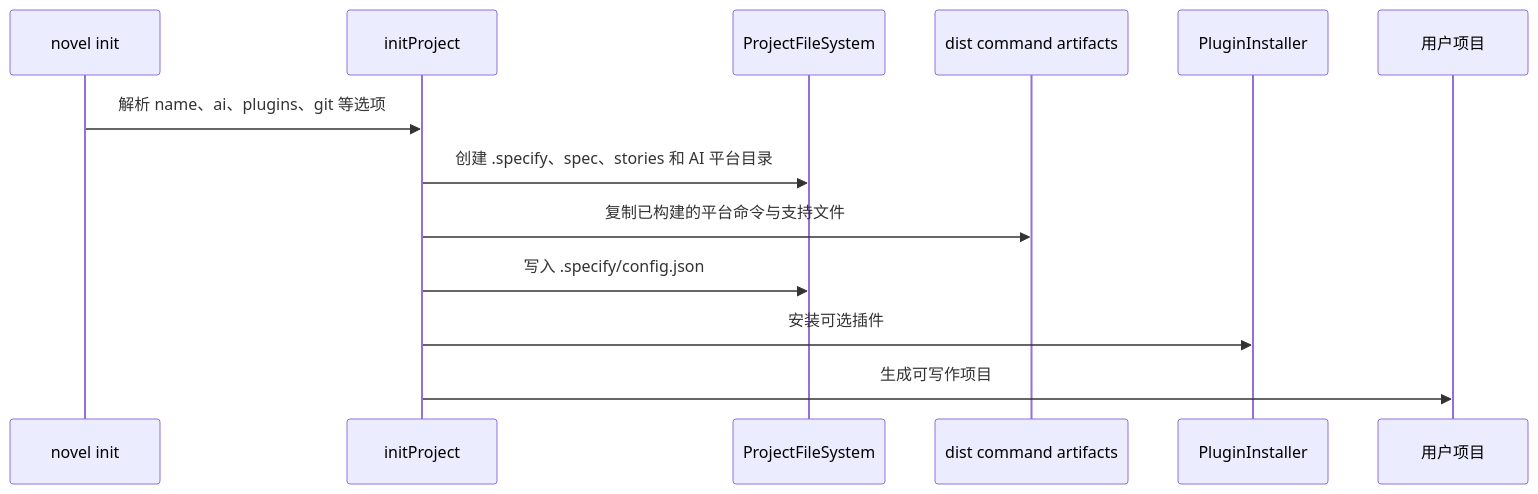
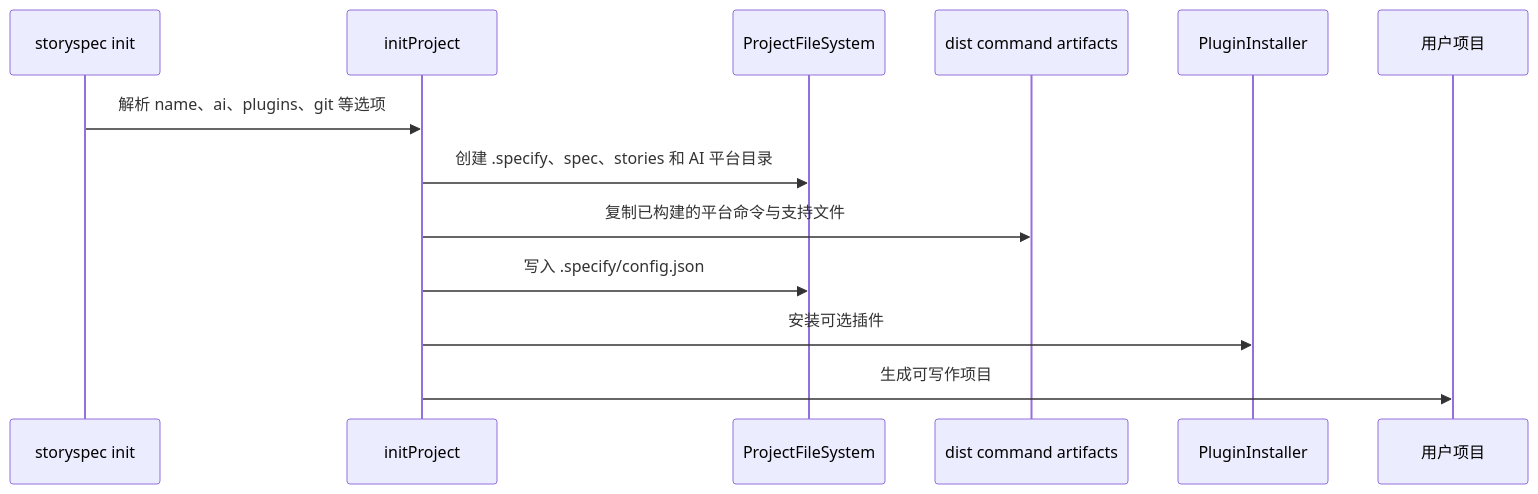
One commit to WENZIZZHENG/story-spec changed the second of 5 diagrams in docs/tech/architecture.md. Above: the diagram before and after it, drawn with Mermaid. The commit also changed other lines of this file and 152 other files, not shown here.

````diff
--- a/docs/tech/architecture.md
+++ b/docs/tech/architecture.md
@@ -54,16 +54,16 @@
 ```mermaid
 sequenceDiagram
-  participant CLI as novel init
+  participant CLI as storyspec init
   participant App as initProject
   participant FS as ProjectFileSystem
   participant Artifacts as dist command artifacts
   participant Plugins as PluginInstaller
   participant Project as 用户项目
 
   CLI->>App: 解析 name、ai、plugins、git 等选项
   App->>FS: 创建 .specify、spec、stories 和 AI 平台目录
   App->>Artifacts: 复制已构建的平台命令与支持文件
   App->>FS: 写入 .specify/config.json
   App->>Plugins: 安装可选插件
   App->>Project: 生成可写作项目
 ```
````
